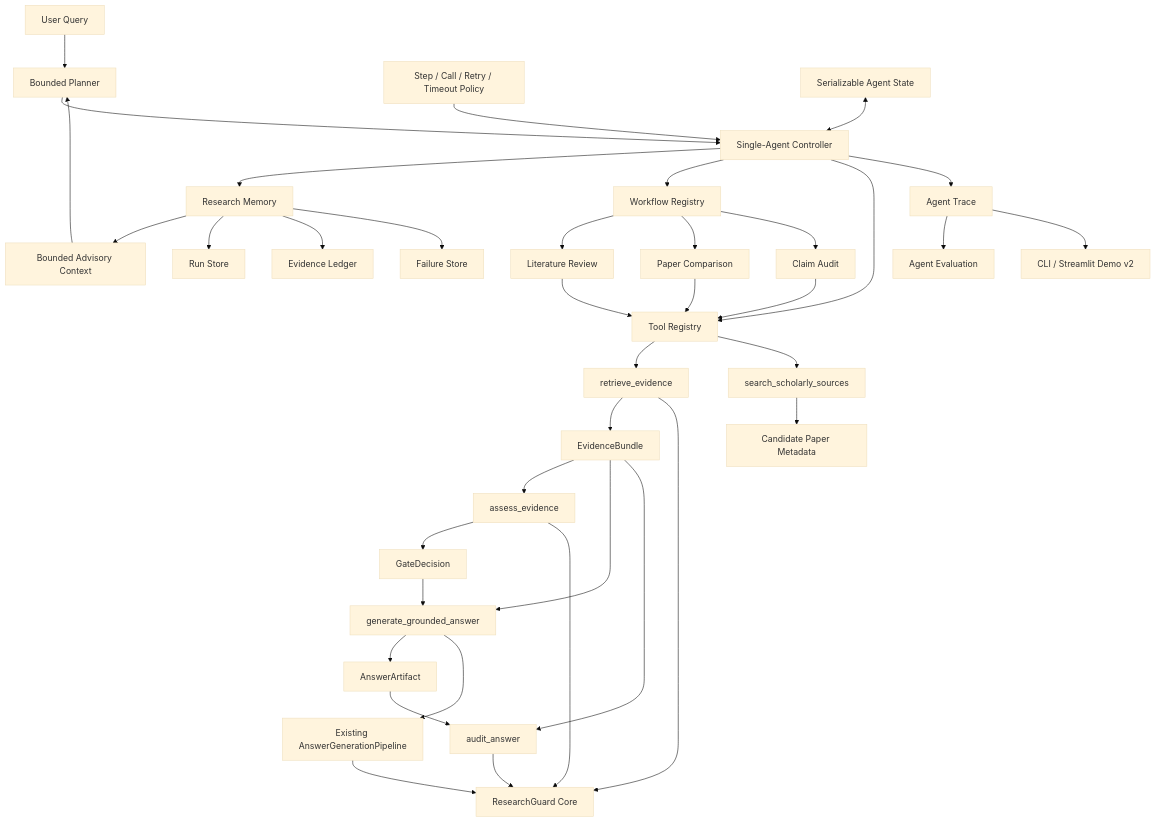
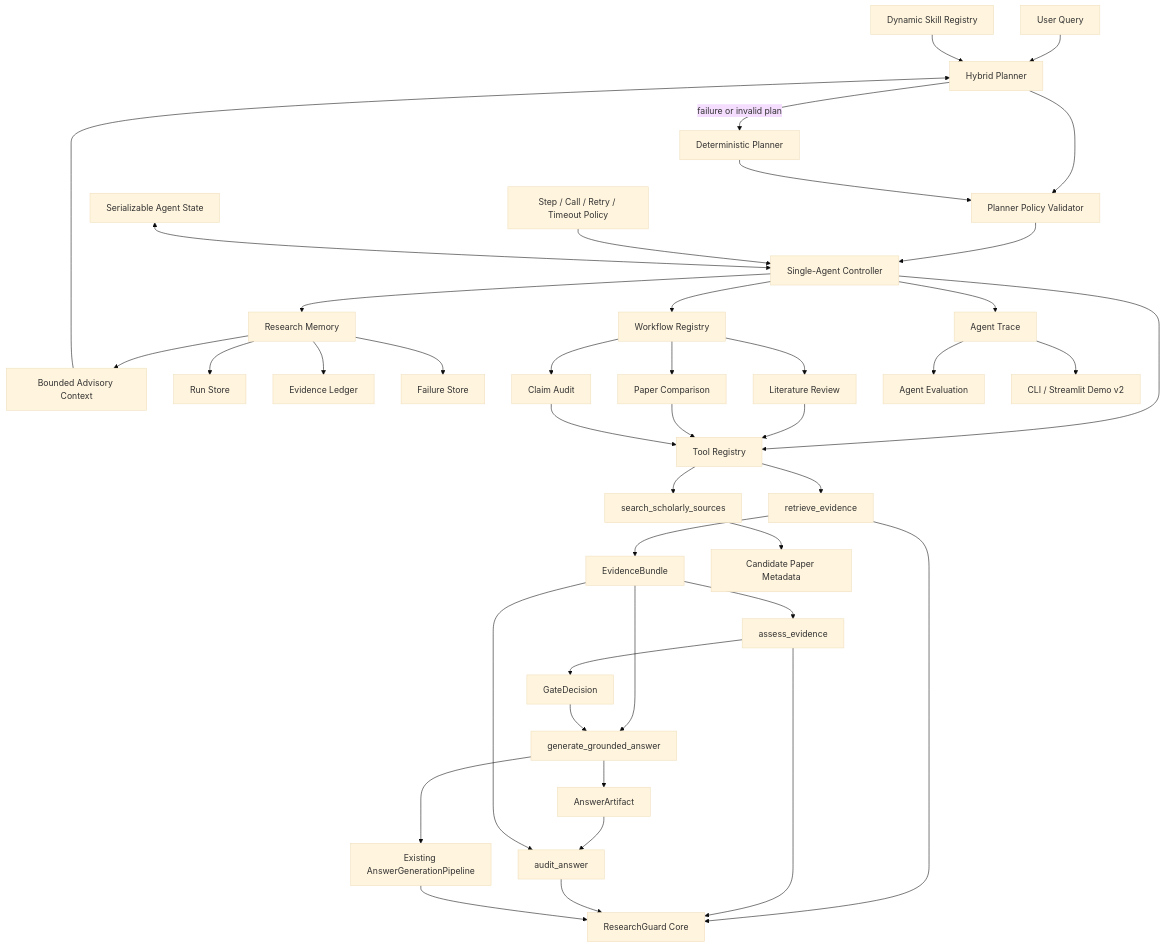
One commit to Xzh1844963039/ResearchGuard-Agent changed the second of 2 diagrams in README.md. Above: the diagram before and after it, drawn with Mermaid (base theme). The commit also changed other lines of this file and 23 other files, not shown here.

Commit message:
feat: add hybrid planner and skill registry v1

````diff
--- a/README.md
+++ b/README.md
@@ -35,40 +35,44 @@
 ```mermaid
 flowchart TD
-    Query["User Query"] --> Planner["Bounded Planner"]
-    Planner --> Controller["Single-Agent Controller"]
+    Query["User Query"] --> Planner["Hybrid Planner"]
+    Planner --> Validator["Planner Policy Validator"]
+    SkillRegistry["Dynamic Skill Registry"] --> Planner
+    Validator --> Controller["Single-Agent Controller"]
+    Planner -->|failure or invalid plan| Fallback["Deterministic Planner"]
+    Fallback --> Validator
     Policy["Step / Call / Retry / Timeout Policy"] --> Controller
     State["Serializable Agent State"] <--> Controller
     Controller --> Memory["Research Memory"]
     Memory --> Context["Bounded Advisory Context"]
     Context --> Planner
     Memory --> RunStore["Run Store"]
     Memory --> Ledger["Evidence Ledger"]
     Memory --> FailureStore["Failure Store"]
     Controller --> WorkflowRegistry["Workflow Registry"]
     Controller --> Registry["Tool Registry"]
     WorkflowRegistry --> Review["Literature Review"]
     WorkflowRegistry --> Compare["Paper Comparison"]
     WorkflowRegistry --> Claim["Claim Audit"]
     Review --> Registry
     Compare --> Registry
     Claim --> Registry
     Registry --> RetrievalTool["retrieve_evidence"]
     RetrievalTool --> Bundle["EvidenceBundle"]
     Bundle --> EvidenceTool["assess_evidence"]
     EvidenceTool --> GateDecision["GateDecision"]
     Bundle --> AnswerTool["generate_grounded_answer"]
     GateDecision --> AnswerTool
     AnswerTool --> Artifact["AnswerArtifact"]
     Artifact --> AuditTool["audit_answer"]
     Bundle --> AuditTool
     Registry --> ScholarTool["search_scholarly_sources"]
     RetrievalTool --> Core["ResearchGuard Core"]
     EvidenceTool --> Core
     AnswerTool --> Generator["Existing AnswerGenerationPipeline"]
     AuditTool --> Core
     ScholarTool --> Candidates["Candidate Paper Metadata"]
     Generator --> Core
     Controller --> Trace["Agent Trace"]
     Trace --> Evaluation["Agent Evaluation"]
     Trace --> Demo["CLI / Streamlit Demo v2"]
 ```
````
